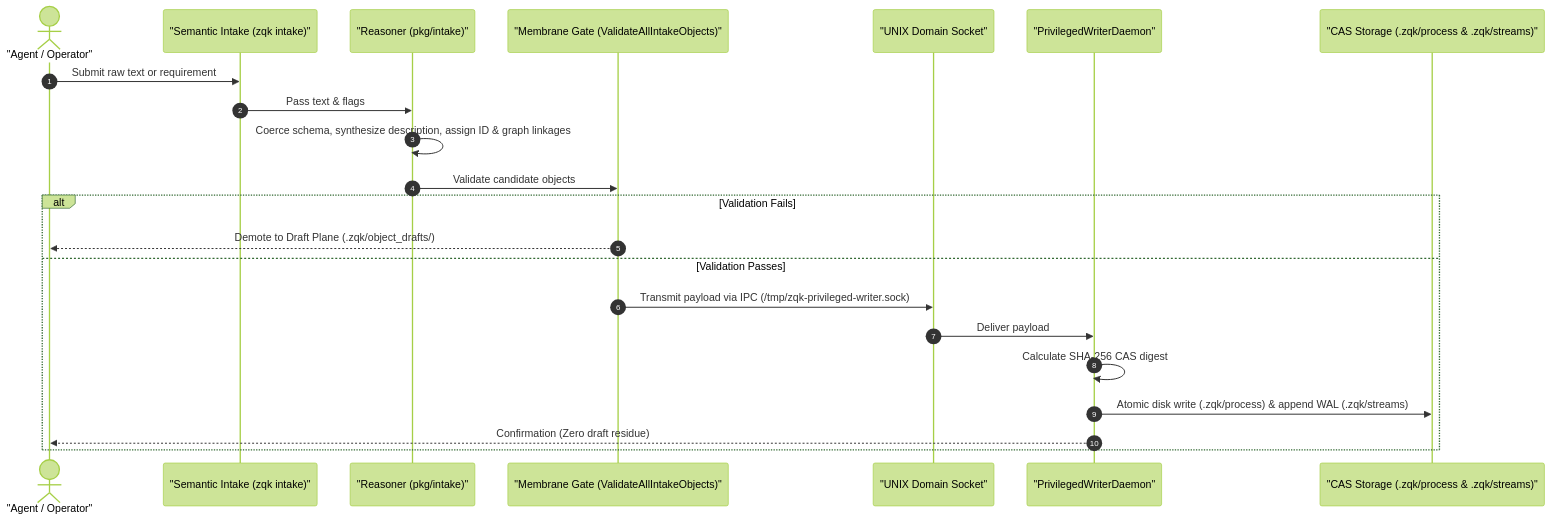
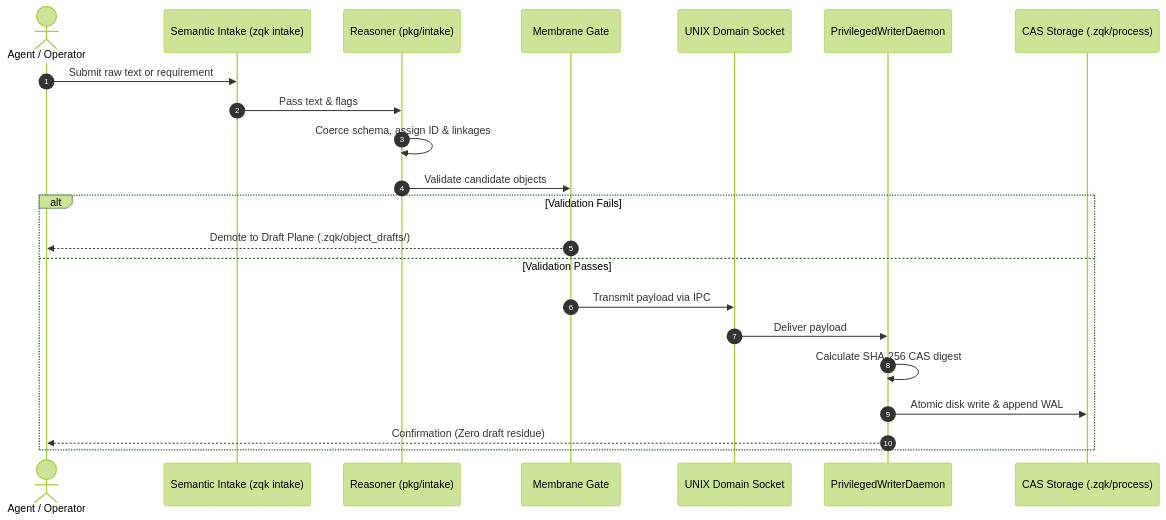
The second of 2 diagrams in docs/architecture/CELLULAR_MEMBRANE_MODE_B_CONFIGURATION.md (zqk-os/zqk), drawn with Mermaid (forest theme) before and after one commit. The commit also changed other lines of this file and 8 other files, not shown here.

````diff
--- a/docs/architecture/CELLULAR_MEMBRANE_MODE_B_CONFIGURATION.md
+++ b/docs/architecture/CELLULAR_MEMBRANE_MODE_B_CONFIGURATION.md
@@ -195,25 +195,25 @@
 ```mermaid
 sequenceDiagram
   autonumber
-  actor Agent as "Agent / Operator"
-  participant Intake as "Semantic Intake (zqk intake)"
-  participant Reasoner as "Reasoner (pkg/intake)"
-  participant Gate as "Membrane Gate (ValidateAllIntakeObjects)"
-  participant Socket as "UNIX Domain Socket"
-  participant Daemon as "PrivilegedWriterDaemon"
-  participant CAS as "CAS Storage (.zqk/process & .zqk/streams)"
+  actor Agent as Agent / Operator
+  participant Intake as Semantic Intake (zqk intake)
+  participant Reasoner as Reasoner (pkg/intake)
+  participant Gate as Membrane Gate
+  participant Socket as UNIX Domain Socket
+  participant Daemon as PrivilegedWriterDaemon
+  participant CAS as CAS Storage (.zqk/process)
 
   Agent->>Intake: Submit raw text or requirement
   Intake->>Reasoner: Pass text & flags
-  Reasoner->>Reasoner: Coerce schema, synthesize description, assign ID & graph linkages
+  Reasoner->>Reasoner: Coerce schema, assign ID & linkages
   Reasoner->>Gate: Validate candidate objects
   alt Validation Fails
     Gate-->>Agent: Demote to Draft Plane (.zqk/object_drafts/)
   else Validation Passes
-    Gate->>Socket: Transmit payload via IPC (/tmp/zqk-privileged-writer.sock)
+    Gate->>Socket: Transmit payload via IPC
     Socket->>Daemon: Deliver payload
     Daemon->>Daemon: Calculate SHA-256 CAS digest
-    Daemon->>CAS: Atomic disk write (.zqk/process) & append WAL (.zqk/streams)
+    Daemon->>CAS: Atomic disk write & append WAL
     Daemon-->>Agent: Confirmation (Zero draft residue)
   end
 ```
````
